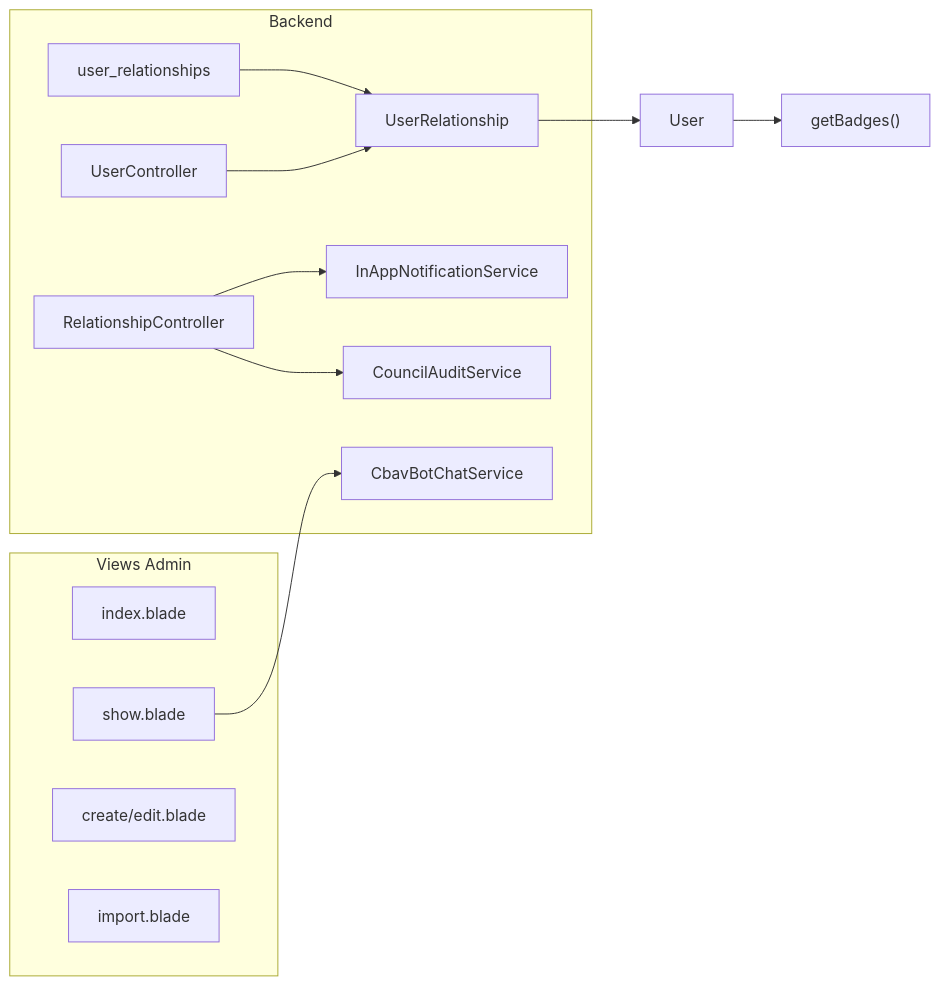
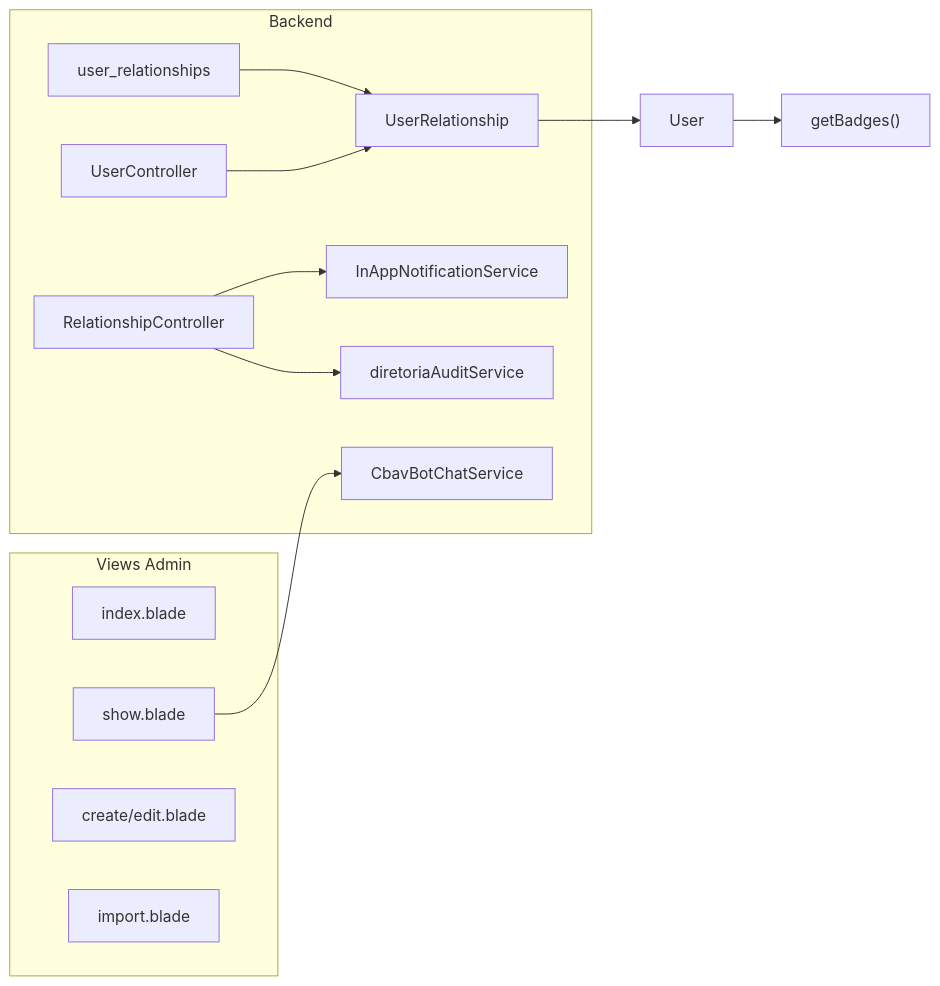
One commit to RabbitVisual/VS-JUBAF changed the diagram in Modules/Admin/resources/views/users/update.md. Above: the diagram before and after it, drawn with Mermaid. The commit also changed other lines of this file and 295 other files, not shown here.

````diff
--- a/Modules/Admin/resources/views/users/update.md
+++ b/Modules/Admin/resources/views/users/update.md
@@ -53,25 +61,25 @@
 ```mermaid
 flowchart LR
     subgraph backend [Backend]
         Migration[user_relationships]
         Model[UserRelationship]
         UserController[UserController]
         RelationshipController[RelationshipController]
         InApp[InAppNotificationService]
-        CouncilAudit[CouncilAuditService]
+        diretoriaAudit[diretoriaAuditService]
         CbavBot[CbavBotChatService]
     end
     subgraph frontend [Views Admin]
         Index[index.blade]
         Show[show.blade]
         CreateEdit[create/edit.blade]
         Import[import.blade]
     end
     Migration --> Model
     Model --> User
     UserController --> Model
     RelationshipController --> InApp
-    RelationshipController --> CouncilAudit
+    RelationshipController --> diretoriaAudit
     Show --> CbavBot
     User --> getBadges["getBadges()"]
 ```
````
